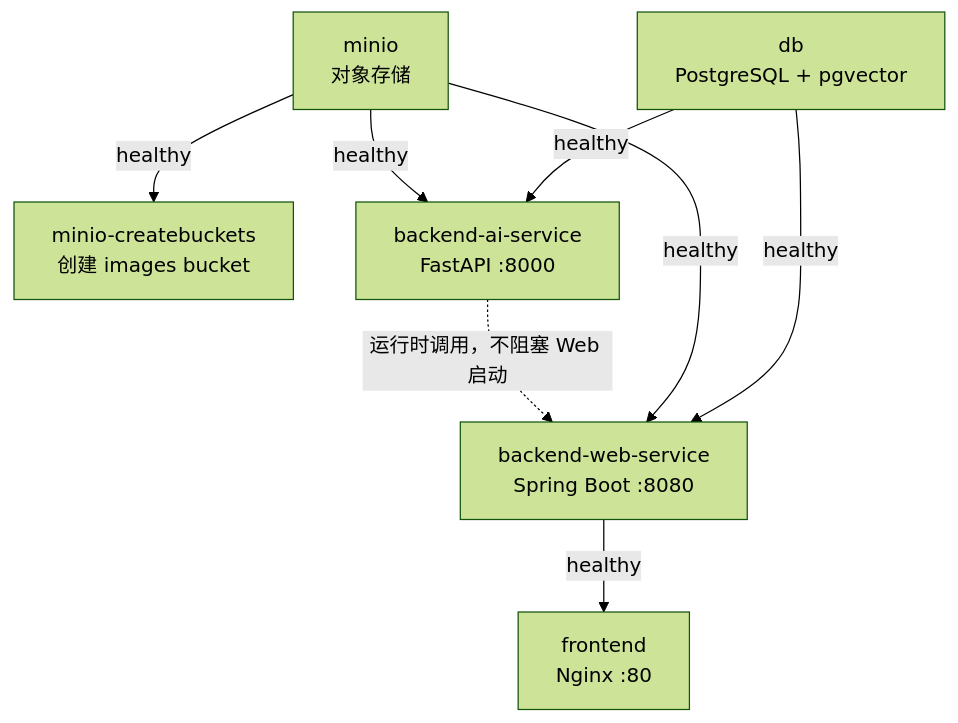
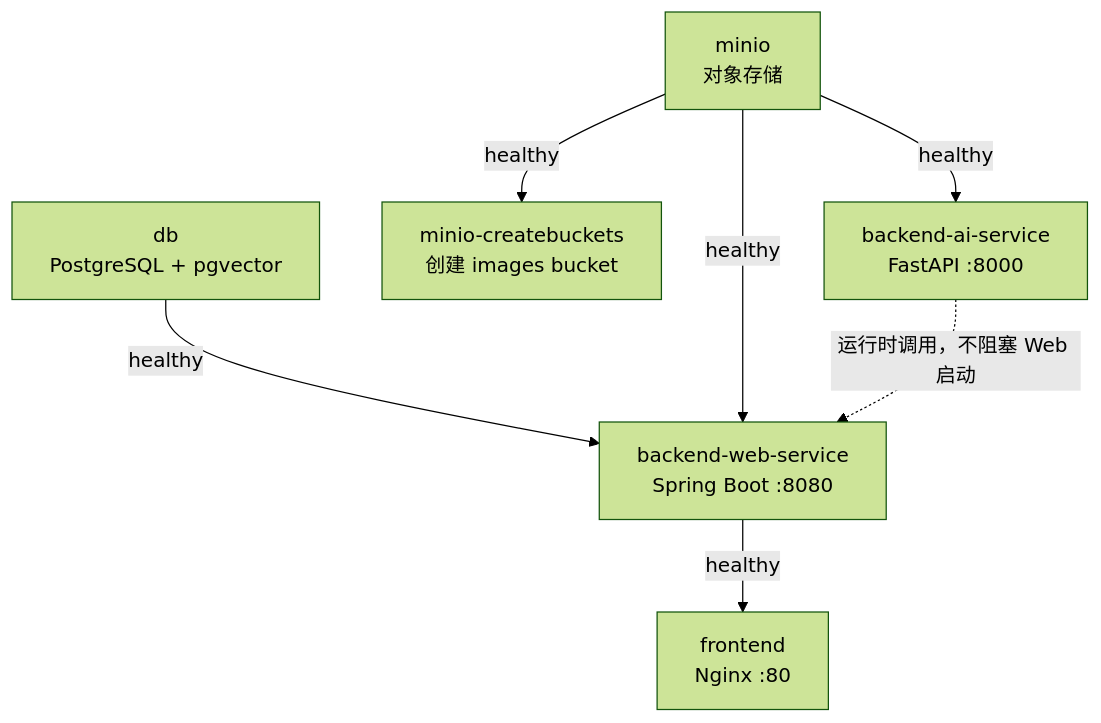
The first of 2 diagrams in docs/deployment.md (tamakara/bakabooru), drawn with Mermaid (forest theme) before and after one commit. The commit also changed other lines of this file and 73 other files, not shown here.

````diff
--- a/docs/deployment.md
+++ b/docs/deployment.md
@@ -7,17 +7,16 @@
 ```mermaid
 flowchart TD
     DB["db<br/>PostgreSQL + pgvector"]
     MinIO["minio<br/>对象存储"]
     Init["minio-createbuckets<br/>创建 images bucket"]
     AI["backend-ai-service<br/>FastAPI :8000"]
     Web["backend-web-service<br/>Spring Boot :8080"]
     Front["frontend<br/>Nginx :80"]
 
     MinIO -->|"healthy"| Init
-    DB -->|"healthy"| AI
     MinIO -->|"healthy"| AI
     DB -->|"healthy"| Web
     MinIO -->|"healthy"| Web
     Web -->|"healthy"| Front
     AI -.->|"运行时调用，不阻塞 Web 启动"| Web
 ```
````
